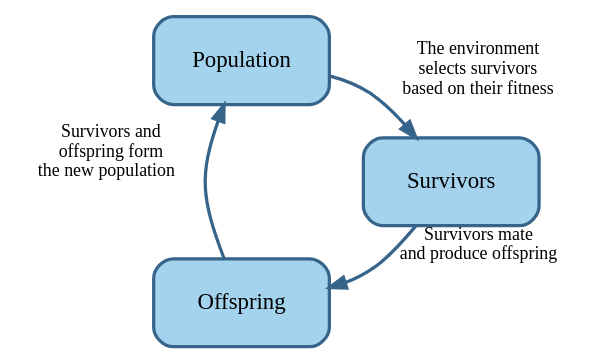
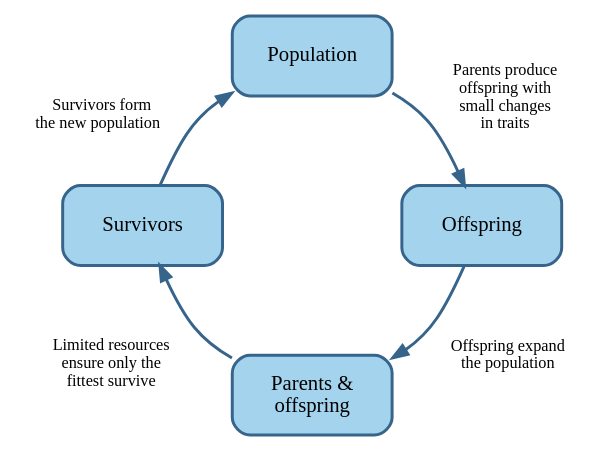
One commit to setms/book changed the diagram in docs/book-organization.md. Above: the diagram before and after it, drawn with Graphviz. The commit also changed other lines of this file and 1 other file, not shown here.

````diff
--- a/docs/book-organization.md
+++ b/docs/book-organization.md
@@ -31,14 +31,15 @@
 ```dot process
 digraph evolutoin {
   size="6!";
   layout="circo";
   splines="curved";
   node [shape=rect, style="rounded,filled", fixedsize=true, width=1.5, height=0.75, fillcolor=lightskyblue2,
     color=steelblue4, penwidth=2];
   edge [fontsize=11, color=steelblue4, penwidth=2];
 
-  Offspring -> Population [label = "Survivors and\noffspring form\nthe new population  "];
-  Population -> Survivors [label = "The environment\nselects survivors\nbased on their fitness"];
-  Survivors -> Offspring [label = "Survivors mate\nand produce offspring"];
+  "Parents &\noffspring" -> Survivors [label = "\nLimited resources\nensure only the\nfittest survive"];
+  Survivors -> Population [label = "Survivors form\nthe new population  "];
+  Population -> Offspring [label = "Parents produce\noffspring with\nsmall changes\nin traits"];
+  Offspring -> "Parents &\noffspring" [label = "\nOffspring expand\nthe population"];
 }
 ```
````
